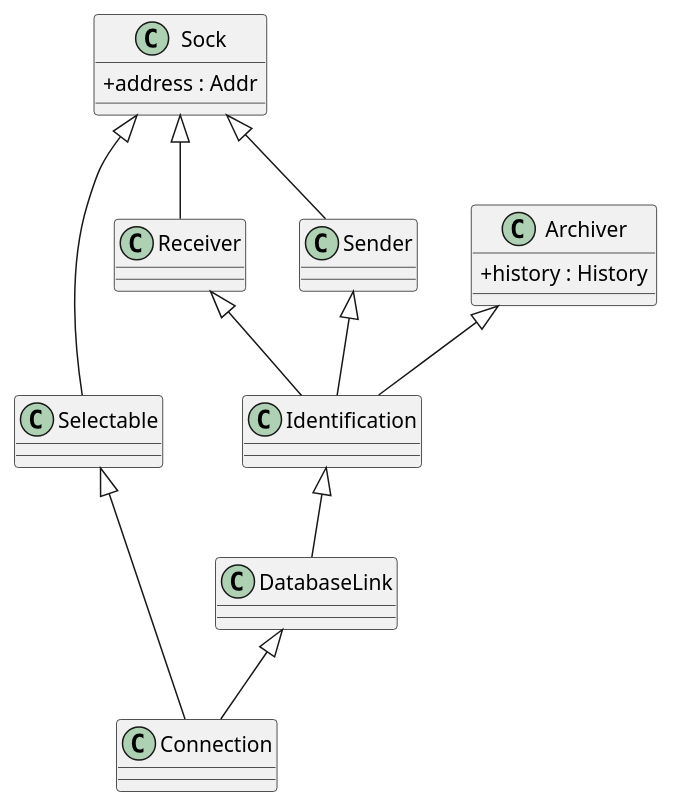
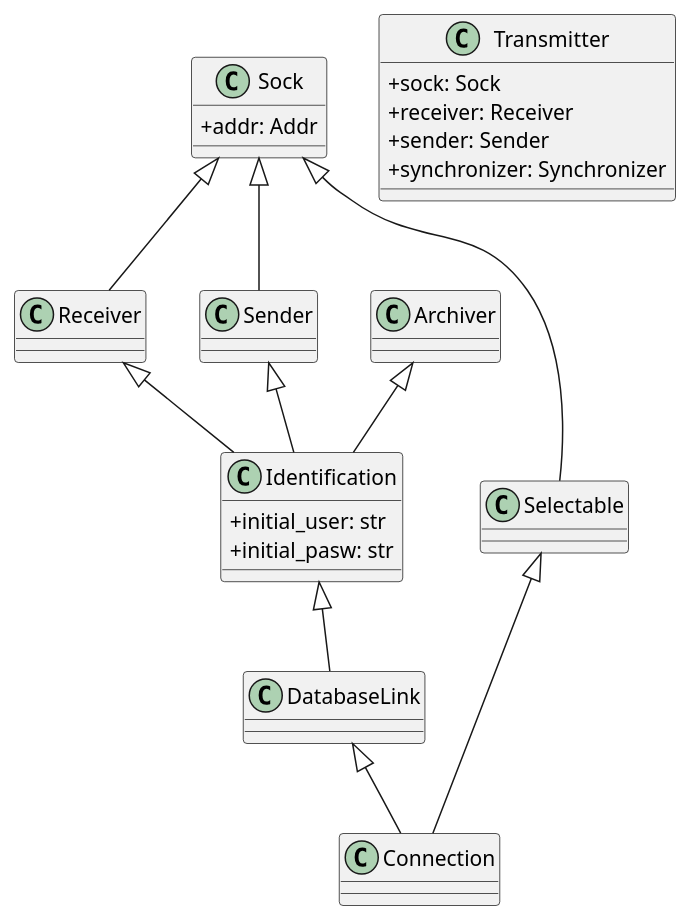
The diagram in doc/network/RC-application.network.puml (petru-braha/RC-application), drawn with PlantUML before and after one commit. The commit also changed 7 other files, not shown here.

```diff
--- a/doc/network/RC-application.network.puml
+++ b/doc/network/RC-application.network.puml
@@ -1,47 +1,51 @@
 @startuml
 skinparam classAttributeIconSize 0
 set namespaceSeparator none
 
 class Sock {
-  +address : Addr
+  +addr: Addr
+  
 }
 
-class Selectable {
-}
-
-class Archiver {
-  +history : History
-}
 
 class Receiver {
   
 }
 
 class Sender {
 }
 
+class Transmitter {
+  +sock: Sock
+  +receiver: Receiver
+  +sender: Sender
+  +synchronizer: Synchronizer
+}
+
 class Identification {
+  +initial_user: str
+  +initial_pasw: str
 }
 
 class DatabaseLink {
 }
 
 class Connection {
 }
 
 ' --- Inheritance Relationships ---
 
 Sock <|-- Receiver
 Sock <|-- Sender
 Sock <|-- Selectable
 
 Archiver <|-- Identification
 Receiver <|-- Identification
 Sender <|-- Identification
 
 Identification <|-- DatabaseLink
 
 DatabaseLink <|-- Connection
 Selectable <|-- Connection
 
 @enduml
```
